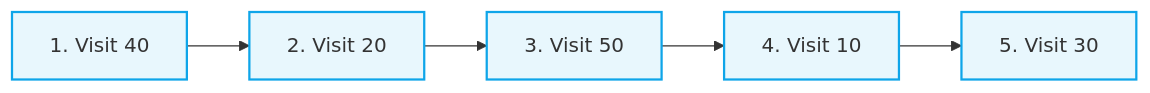
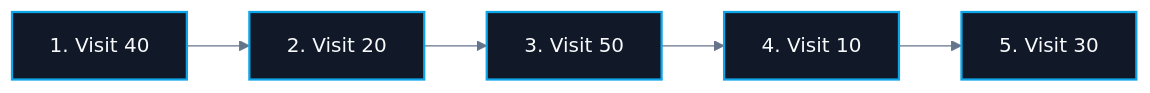
The third of 5 diagrams in CS/DSA/07. Trees & BSTs/02. Binary Tree Traversals.md (abhinavbharti2345/CS_Notes), drawn with Mermaid before and after one commit. The commit also changed other lines of this file and 195 other files, not shown here.

````diff
--- a/CS/DSA/07. Trees & BSTs/02. Binary Tree Traversals.md
+++ b/CS/DSA/07. Trees & BSTs/02. Binary Tree Traversals.md
@@ -350,7 +352,8 @@
 ```mermaid
+%%{init: {'theme': 'base', 'themeVariables': { 'darkMode': true, 'background': '#0B0F14', 'mainBkg': '#111827', 'primaryColor': '#111827', 'primaryTextColor': '#F8FAFC', 'primaryBorderColor': '#38BDF8', 'lineColor': '#64748B', 'secondaryColor': '#0B0F14', 'tertiaryColor': '#0B0F14', 'clusterBkg': '#0B0F14', 'clusterBorder': '#38BDF8' }}}%%
 flowchart LR
     I1["1. Visit 40"] --> I2["2. Visit 20"] --> I3["3. Visit 50"] --> I4["4. Visit 10"] --> I5["5. Visit 30"]
 
-    classDef seq fill:#0ea5e918,stroke:#0ea5e9,stroke-width:1.8px;
+    classDef seq fill:#111827,stroke:#0ea5e9,stroke-width:1.8px,color:#F8FAFC;
     class I1,I2,I3,I4,I5 seq;
 ```
````
